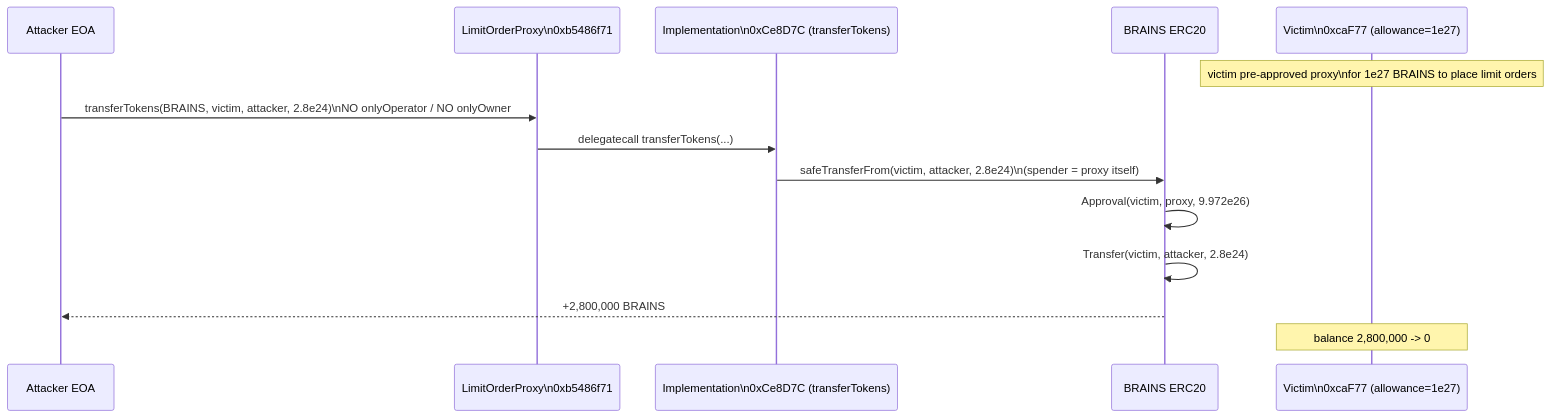
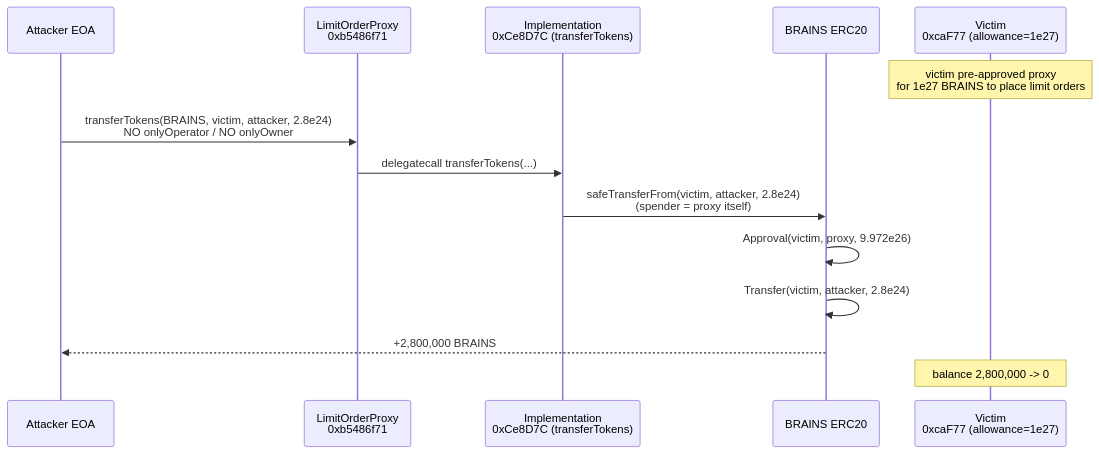
The first of 2 diagrams in 2025-02-LimitOrderProtocol_exp/LimitOrderProtocol_exp.md (sanbir/evm-hack-registry), drawn with Mermaid before and after one commit. The commit also changed other lines of this file and 280 other files, not shown here.

Commit message:
mermaid fixes

````diff
--- a/2025-02-LimitOrderProtocol_exp/LimitOrderProtocol_exp.md
+++ b/2025-02-LimitOrderProtocol_exp/LimitOrderProtocol_exp.md
@@ -146,18 +146,18 @@
 ```mermaid
 sequenceDiagram
     participant Attacker as Attacker EOA
-    participant Proxy as LimitOrderProxy\n0xb5486f71
-    participant Impl as Implementation\n0xCe8D7C (transferTokens)
+    participant Proxy as LimitOrderProxy<br/>0xb5486f71
+    participant Impl as Implementation<br/>0xCe8D7C (transferTokens)
     participant BRAINS as BRAINS ERC20
-    participant Victim as Victim\n0xcaF77 (allowance=1e27)
+    participant Victim as Victim<br/>0xcaF77 (allowance=1e27)
 
-    Note over Victim: victim pre-approved proxy\nfor 1e27 BRAINS to place limit orders
+    Note over Victim: victim pre-approved proxy<br/>for 1e27 BRAINS to place limit orders
 
-    Attacker->>Proxy: transferTokens(BRAINS, victim, attacker, 2.8e24)\nNO onlyOperator / NO onlyOwner
+    Attacker->>Proxy: transferTokens(BRAINS, victim, attacker, 2.8e24)<br/>NO onlyOperator / NO onlyOwner
     Proxy->>Impl: delegatecall transferTokens(...)
-    Impl->>BRAINS: safeTransferFrom(victim, attacker, 2.8e24)\n(spender = proxy itself)
+    Impl->>BRAINS: safeTransferFrom(victim, attacker, 2.8e24)<br/>(spender = proxy itself)
     BRAINS->>BRAINS: Approval(victim, proxy, 9.972e26)
     BRAINS->>BRAINS: Transfer(victim, attacker, 2.8e24)
     BRAINS-->>Attacker: +2,800,000 BRAINS
     Note over Victim: balance 2,800,000 -> 0
 ```
````
